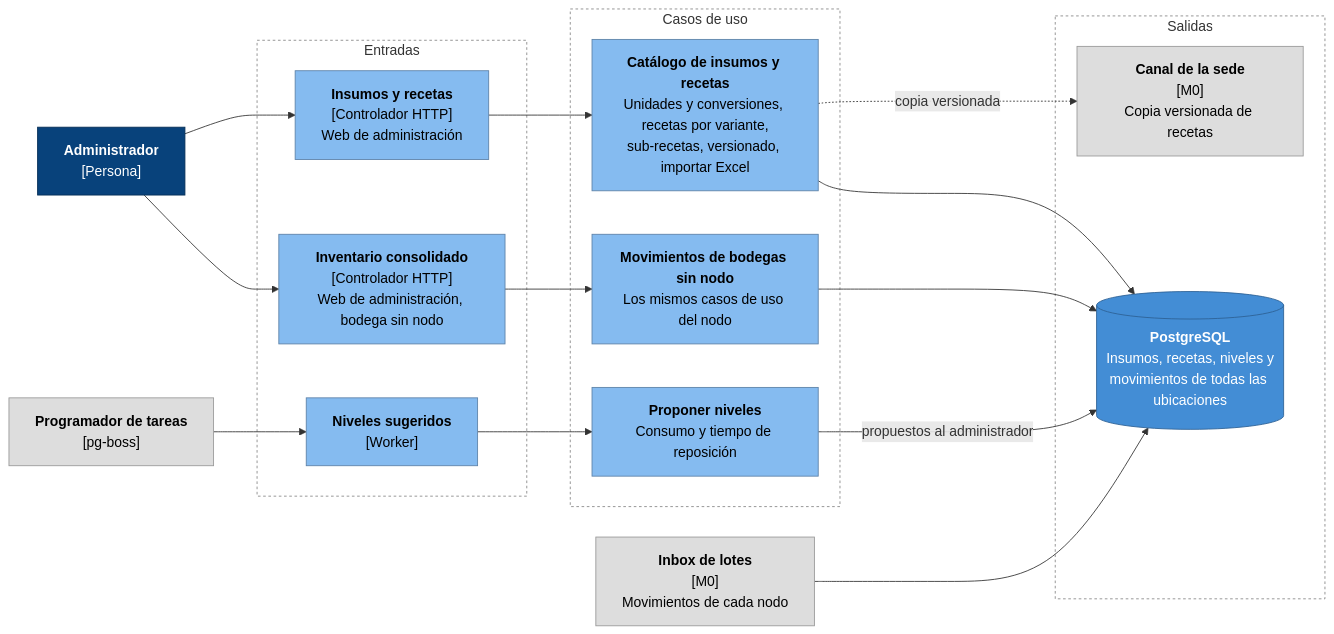
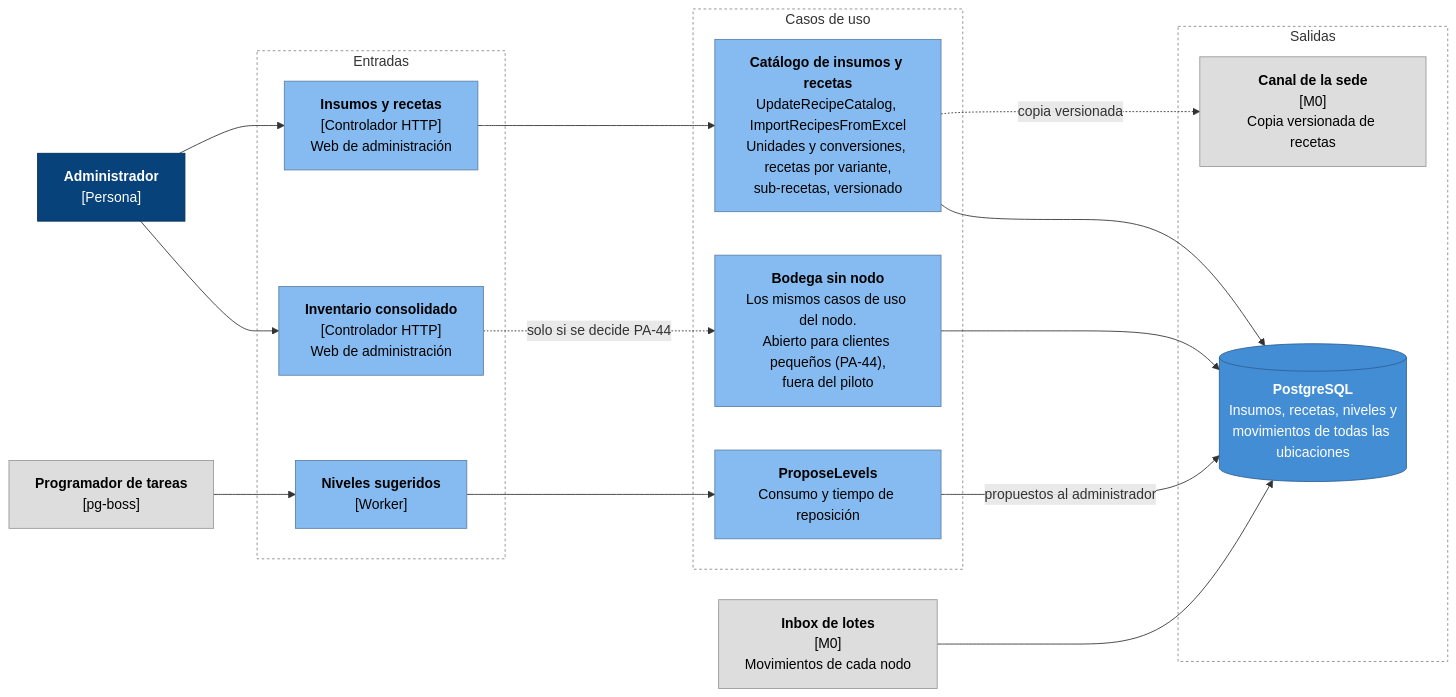
The third of 3 diagrams in docs/arquitectura/componentes/c4-m4-inventario.md (CesarJOtizM/blackHole), drawn with Mermaid before and after one commit. The commit also changed other lines of this file and 159 other files, not shown here.

````diff
--- a/docs/arquitectura/componentes/c4-m4-inventario.md
+++ b/docs/arquitectura/componentes/c4-m4-inventario.md
@@ -126,45 +124,45 @@
 ```mermaid
 flowchart LR
   ADM["<b>Administrador</b><br/>[Persona]"]:::persona
   INB["<b>Inbox de lotes</b><br/>[M0]<br/>Movimientos de cada nodo"]:::modulo
   PRG["<b>Programador de tareas</b><br/>[pg-boss]"]:::modulo
 
-  subgraph Entradas["Entradas"]
-    RECC["<b>Insumos y recetas</b><br/>[Controlador HTTP]<br/>Web de administración"]:::componente
-    WEB["<b>Inventario consolidado</b><br/>[Controlador HTTP]<br/>Web de administración, bodega sin nodo"]:::componente
-    NIV["<b>Niveles sugeridos</b><br/>[Worker]"]:::componente
+  subgraph Inputs["Entradas"]
+    RCPC["<b>Insumos y recetas</b><br/>[Controlador HTTP]<br/>Web de administración"]:::componente
+    WEB["<b>Inventario consolidado</b><br/>[Controlador HTTP]<br/>Web de administración"]:::componente
+    LVL["<b>Niveles sugeridos</b><br/>[Worker]"]:::componente
   end
 
-  subgraph Aplicacion["Casos de uso"]
-    UC_REC["<b>Catálogo de insumos y recetas</b><br/>Unidades y conversiones, recetas por variante,<br/>sub-recetas, versionado, importar Excel"]:::componente
-    UC_LOC["<b>Movimientos de bodegas sin nodo</b><br/>Los mismos casos de uso del nodo"]:::componente
-    UC_NIV["<b>Proponer niveles</b><br/>Consumo y tiempo de reposición"]:::componente
+  subgraph Application["Casos de uso"]
+    UC_RCP["<b>Catálogo de insumos y recetas</b><br/>UpdateRecipeCatalog, ImportRecipesFromExcel<br/>Unidades y conversiones, recetas por variante,<br/>sub-recetas, versionado"]:::componente
+    UC_LOC["<b>Bodega sin nodo</b><br/>Los mismos casos de uso del nodo.<br/>Abierto para clientes pequeños (PA-44),<br/>fuera del piloto"]:::componente
+    UC_LVL["<b>ProposeLevels</b><br/>Consumo y tiempo de reposición"]:::componente
   end
 
-  subgraph Salida["Salidas"]
-    CAN["<b>Canal de la sede</b><br/>[M0]<br/>Copia versionada de recetas"]:::modulo
+  subgraph Outputs["Salidas"]
+    CHN["<b>Canal de la sede</b><br/>[M0]<br/>Copia versionada de recetas"]:::modulo
     PG[("<b>PostgreSQL</b><br/>Insumos, recetas, niveles y<br/>movimientos de todas las ubicaciones")]:::contenedor
   end
 
-  ADM --> RECC
+  ADM --> RCPC
   ADM --> WEB
   INB --> PG
-  PRG --> NIV
+  PRG --> LVL
 
-  RECC --> UC_REC
-  WEB --> UC_LOC
-  NIV --> UC_NIV
+  RCPC --> UC_RCP
+  WEB -. "solo si se decide PA-44" .-> UC_LOC
+  LVL --> UC_LVL
 
-  UC_REC -. "copia versionada" .-> CAN
-  UC_REC --> PG
+  UC_RCP -. "copia versionada" .-> CHN
+  UC_RCP --> PG
   UC_LOC --> PG
-  UC_NIV -- "propuestos al administrador" --> PG
+  UC_LVL -- "propuestos al administrador" --> PG
 
   classDef persona fill:#08427b,stroke:#052e56,color:#fff
   classDef componente fill:#85bbf0,stroke:#5d82a8,color:#000
   classDef contenedor fill:#438dd5,stroke:#2e6295,color:#fff
   classDef modulo fill:#dddddd,stroke:#999999,color:#000
-  style Entradas fill:none,stroke:#888,stroke-dasharray: 3 3
-  style Aplicacion fill:none,stroke:#888,stroke-dasharray: 3 3
-  style Salida fill:none,stroke:#888,stroke-dasharray: 3 3
+  style Inputs fill:none,stroke:#888,stroke-dasharray: 3 3
+  style Application fill:none,stroke:#888,stroke-dasharray: 3 3
+  style Outputs fill:none,stroke:#888,stroke-dasharray: 3 3
 ```
````
